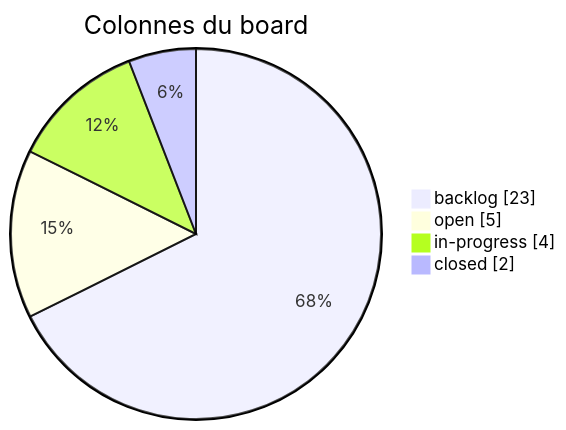
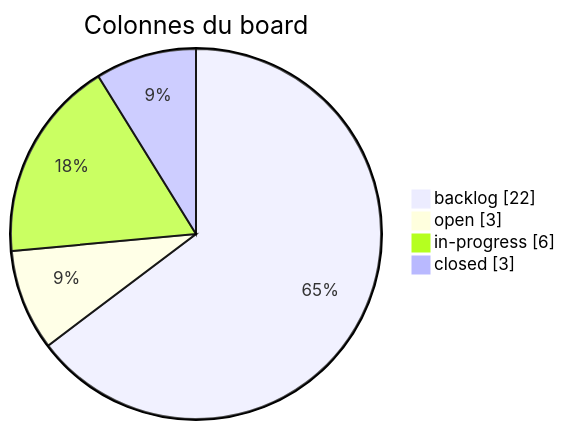
Before and after one commit to Gooseppr/GevOps_LC: the third of 7 diagrams in modules/M42_projet-board-J02.md, drawn with Mermaid. The commit also changed other lines of this file, not shown here.

````diff
--- a/modules/M42_projet-board-J02.md
+++ b/modules/M42_projet-board-J02.md
@@ -47,8 +47,8 @@
 ```mermaid
 pie showData
     title Colonnes du board
-    "backlog" : 23
-    "open" : 5
-    "in-progress" : 4
-    "closed" : 2
+    "backlog" : 22
+    "open" : 3
+    "in-progress" : 6
+    "closed" : 3
 ```
````
